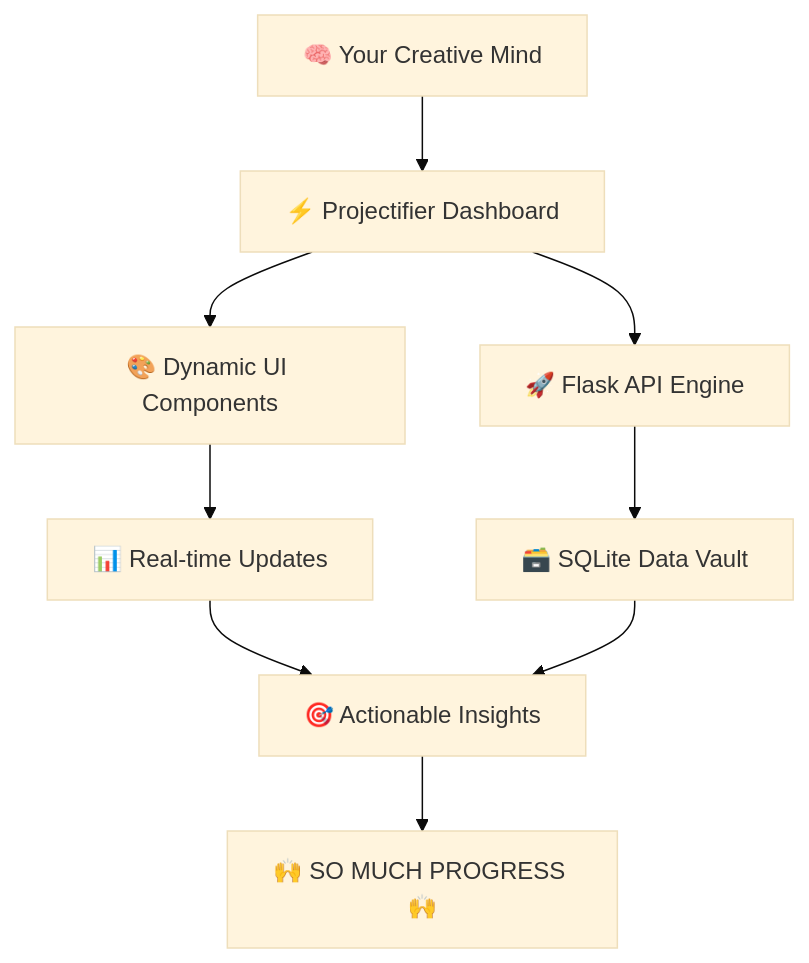
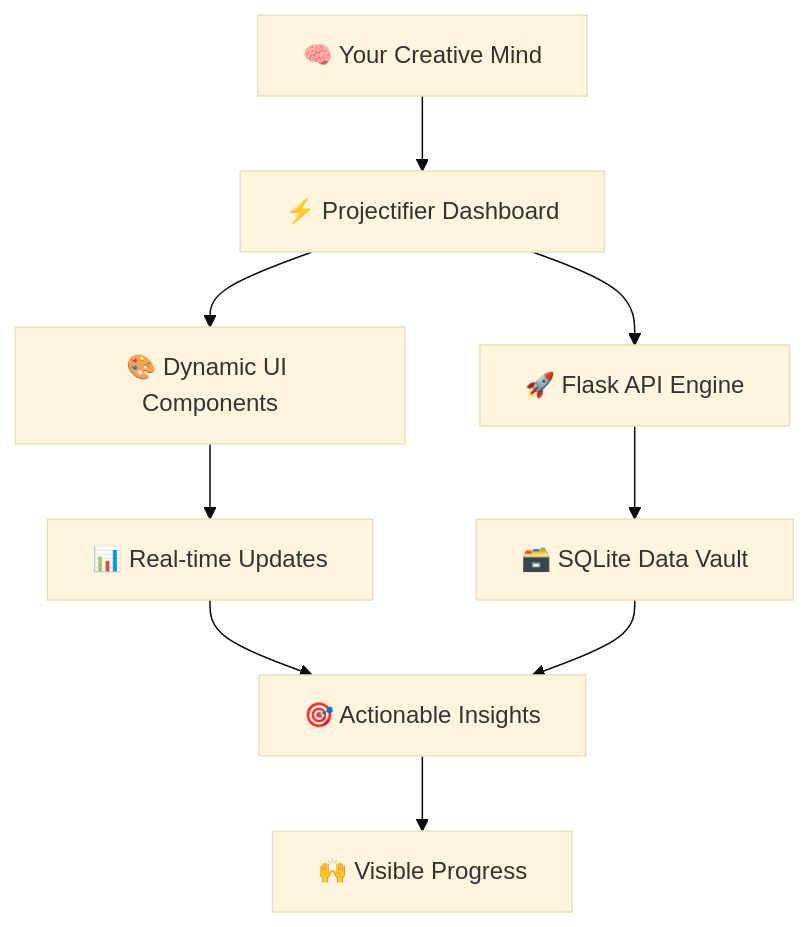
The diagram in README.md (Zfyant/Projectifier), drawn with Mermaid (base theme) before and after one commit. The commit also changed other lines of this file, not shown here.

````diff
--- a/README.md
+++ b/README.md
@@ -96,11 +89,11 @@
 ```mermaid
 graph TD
     A[🧠 Your Creative Mind] --> B[⚡ Projectifier Dashboard]
     B --> C[🚀 Flask API Engine]
     C --> D[🗃️ SQLite Data Vault]
     B --> E[🎨 Dynamic UI Components]
     E --> F[📊 Real-time Updates]
     F --> G[🎯 Actionable Insights]
-    D --> G[🎯 Actionable Insights]
-    G --> H[🙌 SO MUCH PROGRESS 🙌]
+    D --> G
+    G --> H[🙌 Visible Progress]
 ```
````
